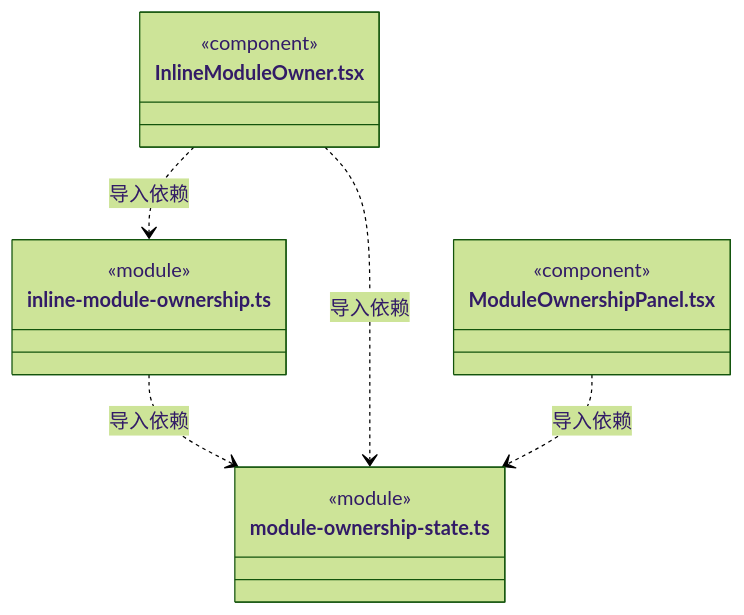
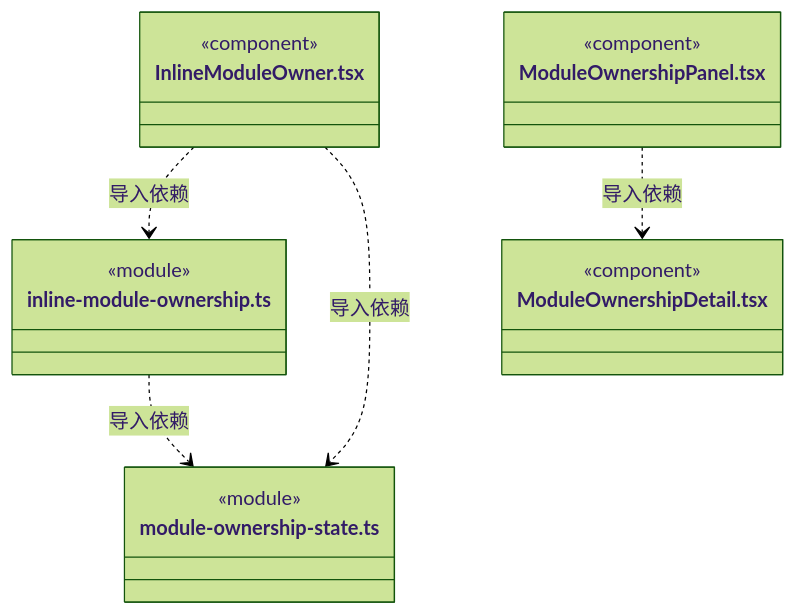
Diagram 18 of 20 in src/view/workspace/ARCHITECTURE.md (nan023062/cbim), drawn with Mermaid (forest theme) before and after one commit. The commit also changed other lines of this file and 112 other files, not shown here.

Commit message:
docs: align source architecture with current declarations and contracts

````diff
--- a/src/view/workspace/ARCHITECTURE.md
+++ b/src/view/workspace/ARCHITECTURE.md
@@ -466,19 +466,22 @@
 ```mermaid
 classDiagram
 class N_src_view_workspace_inline_module_ownership_ts["inline-module-ownership.ts"] {
   <<module>>
 }
 class N_src_view_workspace_module_ownership_state_ts["module-ownership-state.ts"] {
   <<module>>
 }
 class N_src_view_workspace_InlineModuleOwner_tsx["InlineModuleOwner.tsx"] {
   <<component>>
 }
 class N_src_view_workspace_ModuleOwnershipPanel_tsx["ModuleOwnershipPanel.tsx"] {
   <<component>>
 }
+class N_src_view_workspace_ModuleOwnershipDetail_tsx["ModuleOwnershipDetail.tsx"] {
+  <<component>>
+}
 N_src_view_workspace_inline_module_ownership_ts ..> N_src_view_workspace_module_ownership_state_ts : 导入依赖
+N_src_view_workspace_InlineModuleOwner_tsx ..> N_src_view_workspace_inline_module_ownership_ts : 导入依赖
 N_src_view_workspace_InlineModuleOwner_tsx ..> N_src_view_workspace_module_ownership_state_ts : 导入依赖
-N_src_view_workspace_InlineModuleOwner_tsx ..> N_src_view_workspace_inline_module_ownership_ts : 导入依赖
-N_src_view_workspace_ModuleOwnershipPanel_tsx ..> N_src_view_workspace_module_ownership_state_ts : 导入依赖
+N_src_view_workspace_ModuleOwnershipPanel_tsx ..> N_src_view_workspace_ModuleOwnershipDetail_tsx : 导入依赖
 ```
````
